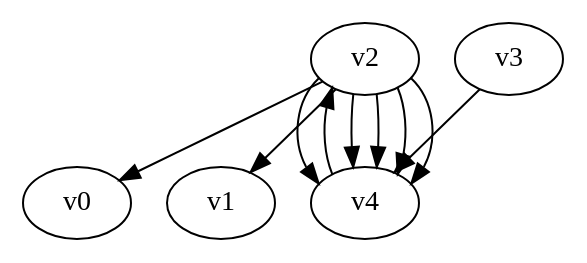
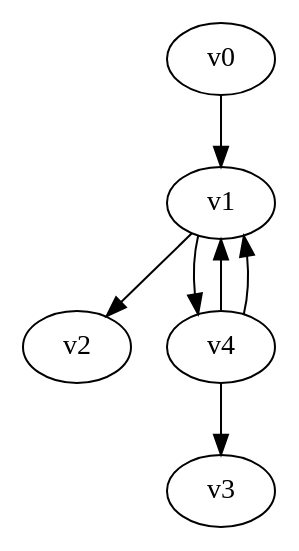
One commit to yadej/graph_project changed the diagram in digraph.dot. Above: the diagram before and after it, drawn with Graphviz. The commit also changed 2 other files, not shown here.

```diff
--- a/digraph.dot
+++ b/digraph.dot
@@ -1,9 +1,8 @@
 digraph G { 
-v2 -> v0;
-v2 -> v1;
-v2 -> v4 -> v2 -> v4;
-v2 -> v4;
-v2 -> v4;
-v2 -> v4;
-v3 -> v4;
+v0 -> v1;
+v1 -> v2;
+v1 -> v4;
+v4 -> v1;
+v4 -> v1;
+v4 -> v3;
 }
```
